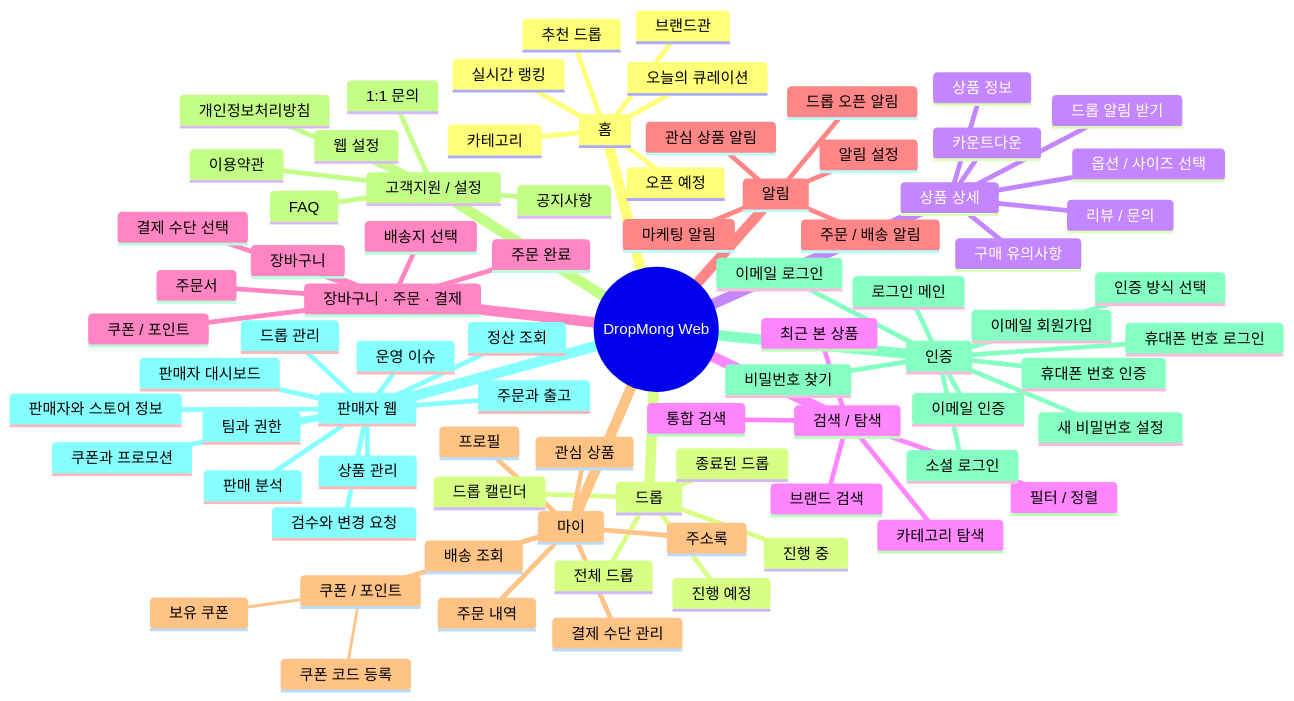
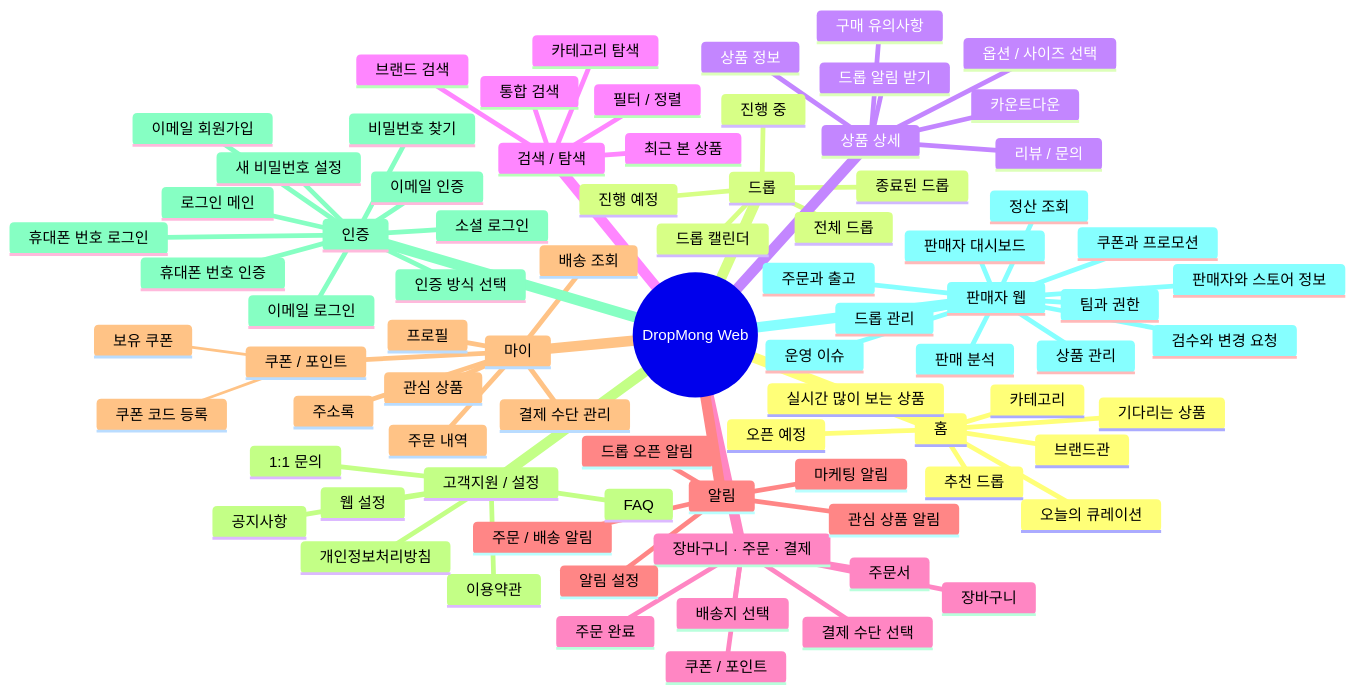
One commit to Medikong/archive changed the diagram in blueprint/10-sitemap/README.md. Above: the diagram before and after it, drawn with Mermaid. The commit also changed other lines of this file and 41 other files, not shown here.

```diff
--- a/blueprint/10-sitemap/README.md
+++ b/blueprint/10-sitemap/README.md
@@ -42,7 +42,8 @@
       오늘의 큐레이션
       카테고리
       브랜드관
-      실시간 랭킹
+      기다리는 상품
+      실시간 많이 보는 상품
     드롭
       전체 드롭
       진행 예정
```
